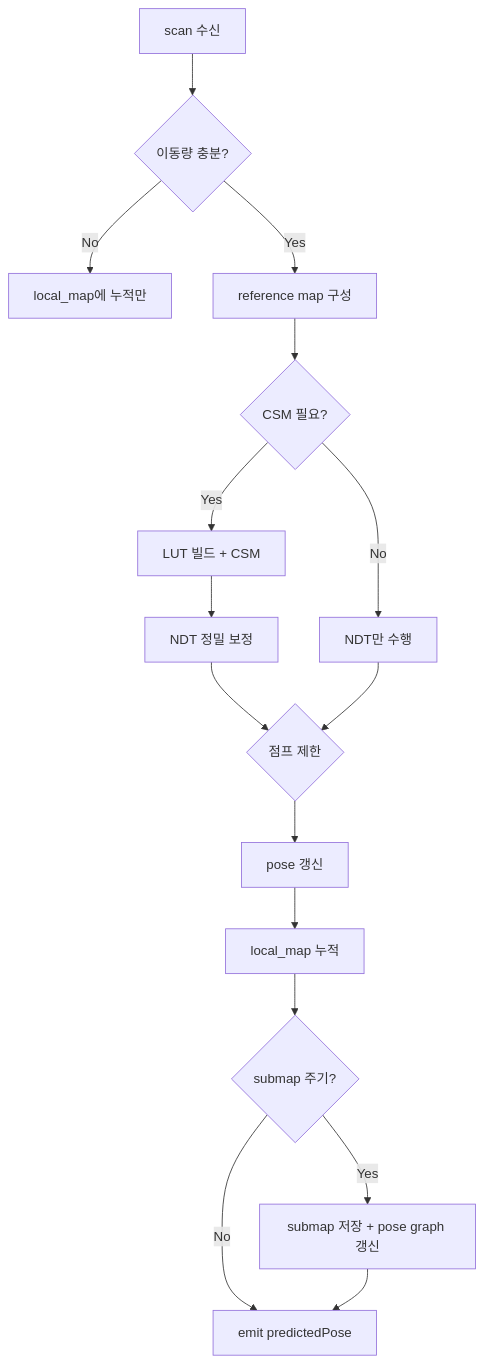
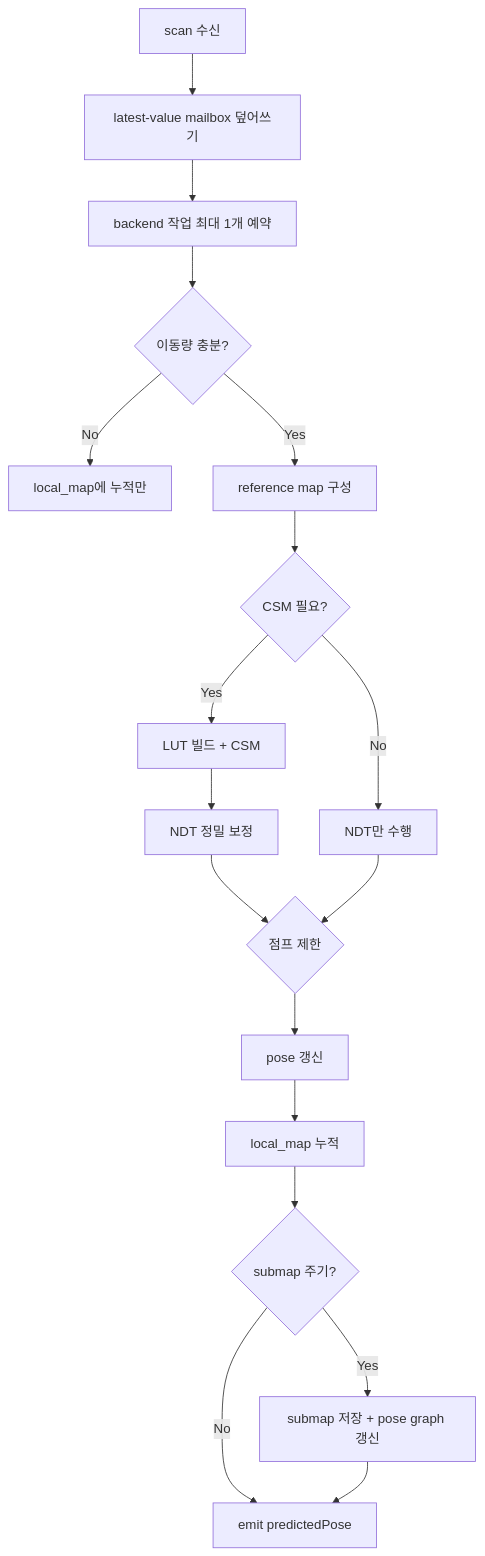
The third of 4 diagrams in cpp_2d_slam/README.md (Inkiiee/cpp-2d-navigation-stack), drawn with Mermaid before and after one commit. The commit also changed other lines of this file and 11 other files, not shown here.

First line of the commit message:
fix(slam): bound scan backlog with latest-value mailbox

````diff
--- a/cpp_2d_slam/README.md
+++ b/cpp_2d_slam/README.md
@@ -152,18 +152,20 @@
 ```mermaid
 flowchart TD
-    A[scan 수신] --> B{이동량 충분?}
+    A[scan 수신] --> A2[latest-value mailbox 덮어쓰기]
+    A2 --> A3[backend 작업 최대 1개 예약]
+    A3 --> B{이동량 충분?}
     B -- No --> C[local_map에 누적만]
     B -- Yes --> D[reference map 구성]
     D --> E{CSM 필요?}
     E -- Yes --> F[LUT 빌드 + CSM]
     F --> G[NDT 정밀 보정]
     E -- No --> G2[NDT만 수행]
     G --> H{점프 제한}
     G2 --> H
     H --> I[pose 갱신]
     I --> J[local_map 누적]
     J --> K{submap 주기?}
     K -- Yes --> L[submap 저장 + pose graph 갱신]
     K -- No --> M[emit predictedPose]
     L --> M
 ```
````
